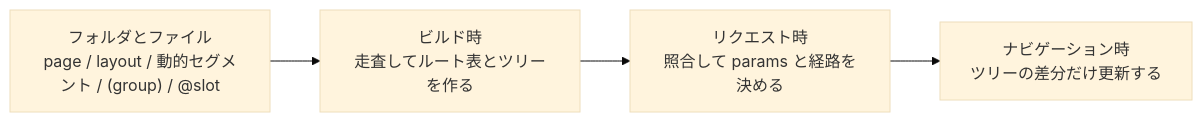
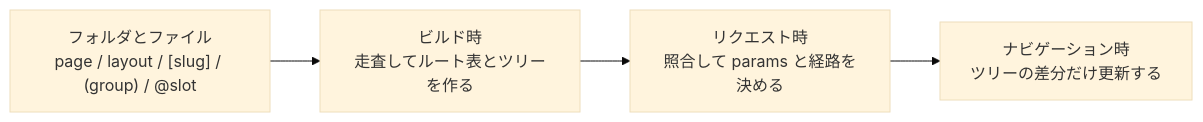
One commit to nagahara-naoki/zenn changed the ninth of 9 diagrams in articles/e7362b53b7d5da.md. Above: the diagram before and after it, drawn with Mermaid (base theme). The commit also changed other lines of this file, not shown here.

````diff
--- a/articles/e7362b53b7d5da.md
+++ b/articles/e7362b53b7d5da.md
@@ -391,6 +391,6 @@
 ```mermaid
 flowchart LR
-    A["フォルダとファイル<br/>page / layout / 動的セグメント / (group) / @slot"] --> B["ビルド時<br/>走査してルート表とツリーを作る"]
+    A["フォルダとファイル<br/>page / layout / [slug] / (group) / @slot"] --> B["ビルド時<br/>走査してルート表とツリーを作る"]
     B --> C["リクエスト時<br/>照合して params と経路を決める"]
     C --> D["ナビゲーション時<br/>ツリーの差分だけ更新する"]
 ```
````
